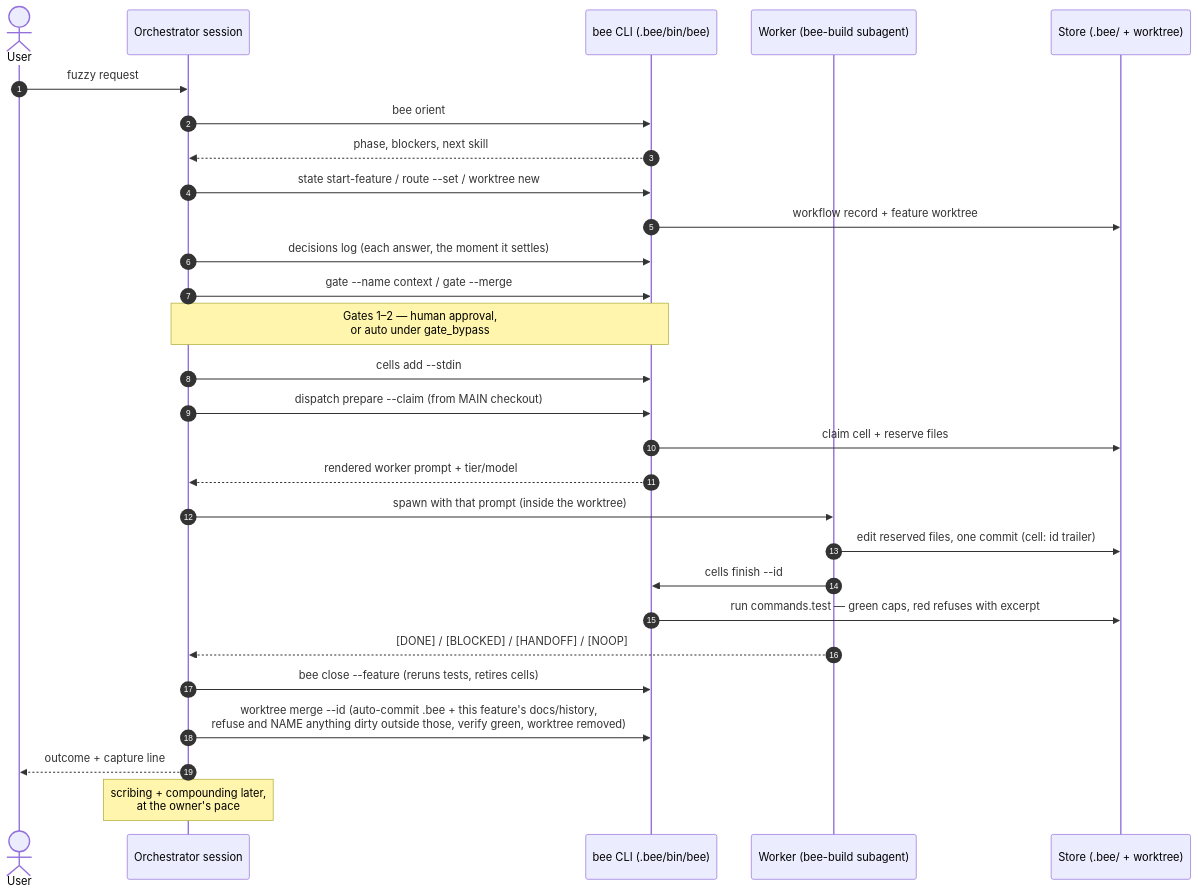
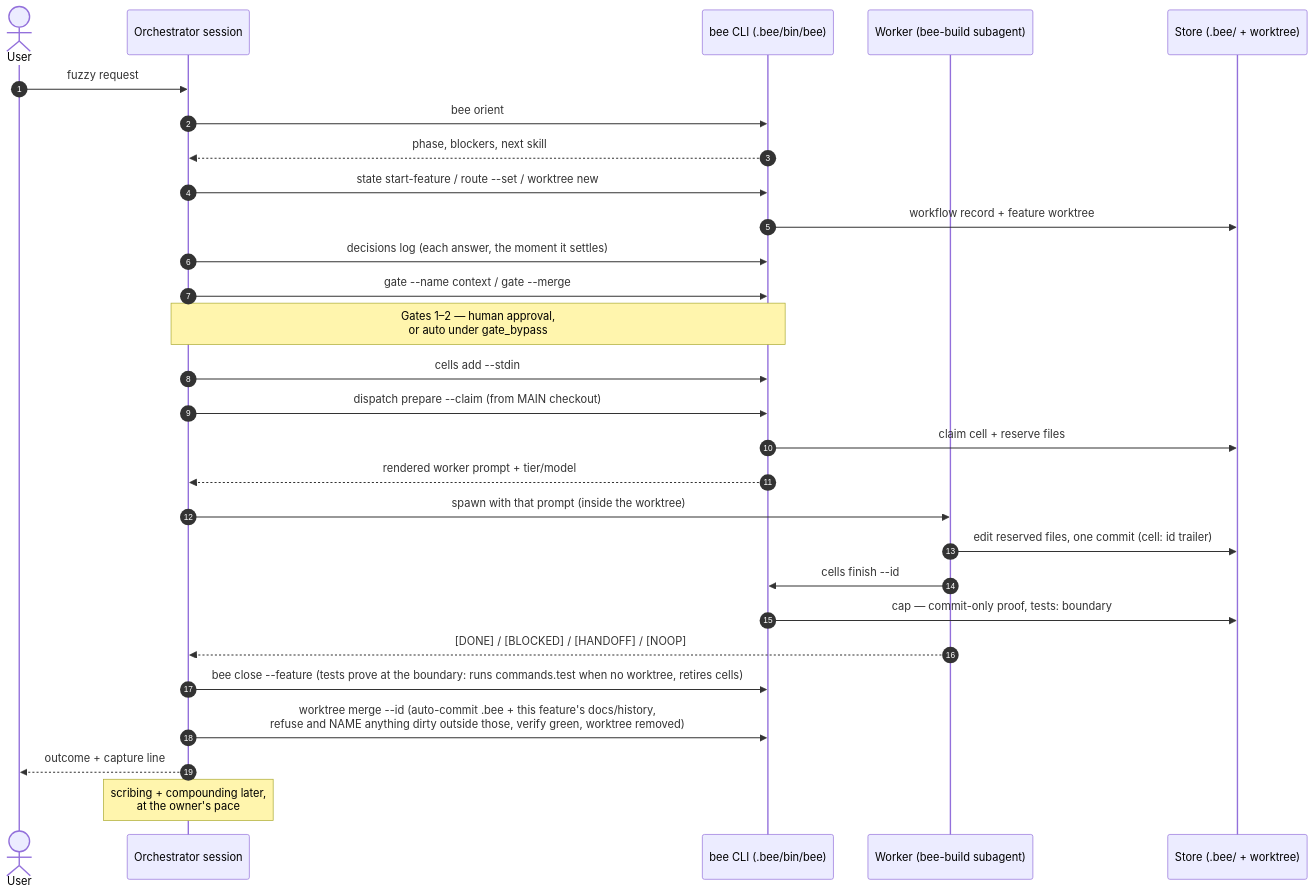
The third of 6 diagrams in docs/handbook/architecture-map.md (thanhsmind/beehive), drawn with Mermaid before and after one commit. The commit also changed other lines of this file and 19 other files, not shown here.

First line of the commit message:
Sync instruction surfaces to boundary-only test cadence wording

````diff
--- a/docs/handbook/architecture-map.md
+++ b/docs/handbook/architecture-map.md
@@ -124,31 +124,31 @@
 ```mermaid
 sequenceDiagram
     autonumber
     actor U as User
     participant O as Orchestrator session
     participant B as bee CLI (.bee/bin/bee)
     participant W as Worker (bee-build subagent)
     participant S as Store (.bee/ + worktree)
 
     U->>O: fuzzy request
     O->>B: bee orient
     B-->>O: phase, blockers, next skill
     O->>B: state start-feature / route --set / worktree new
     B->>S: workflow record + feature worktree
     O->>B: decisions log (each answer, the moment it settles)
     O->>B: gate --name context / gate --merge
     Note over O,B: Gates 1–2 — human approval,<br/>or auto under gate_bypass
     O->>B: cells add --stdin
     O->>B: dispatch prepare --claim (from MAIN checkout)
     B->>S: claim cell + reserve files
     B-->>O: rendered worker prompt + tier/model
     O->>W: spawn with that prompt (inside the worktree)
     W->>S: edit reserved files, one commit (cell: id trailer)
     W->>B: cells finish --id
-    B->>S: run commands.test — green caps, red refuses with excerpt
+    B->>S: cap — commit-only proof, tests: boundary
     W-->>O: [DONE] / [BLOCKED] / [HANDOFF] / [NOOP]
-    O->>B: bee close --feature (reruns tests, retires cells)
+    O->>B: bee close --feature (tests prove at the boundary: runs commands.test when no worktree, retires cells)
     O->>B: worktree merge --id (auto-commit .bee + this feature's docs/history,<br/>refuse and NAME anything dirty outside those, verify green, worktree removed)
     O-->>U: outcome + capture line
     Note over O: scribing + compounding later,<br/>at the owner's pace
 ```
````
